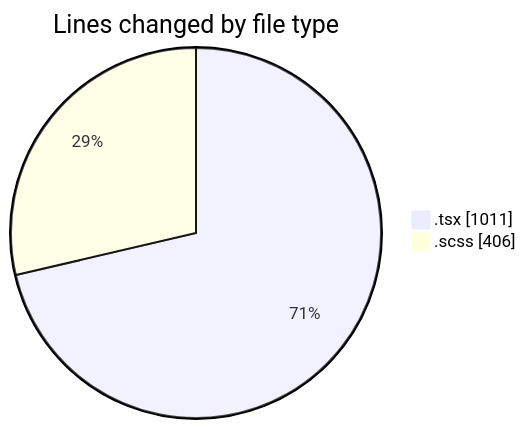
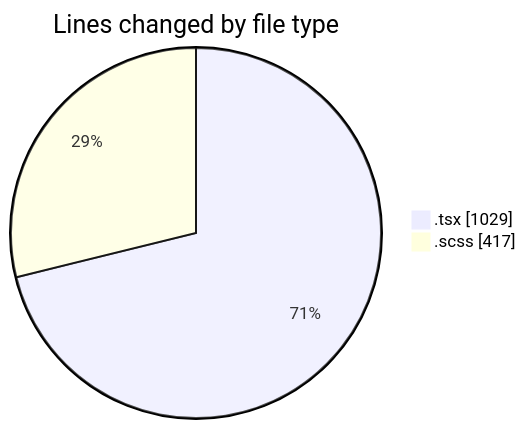
Before and after one commit to momahboobian/code-tracking: the first of 2 diagrams in 2025-04-10/cda/README.md, drawn with Mermaid. The commit also changed other lines of this file and 1 other file, not shown here.

````diff
--- a/2025-04-10/cda/README.md
+++ b/2025-04-10/cda/README.md
@@ -23,6 +23,6 @@
 ```mermaid
 pie showData
 title Lines changed by file type
-".tsx" : 1011
-".scss" : 406
+".tsx" : 1029
+".scss" : 417
 ```
````
